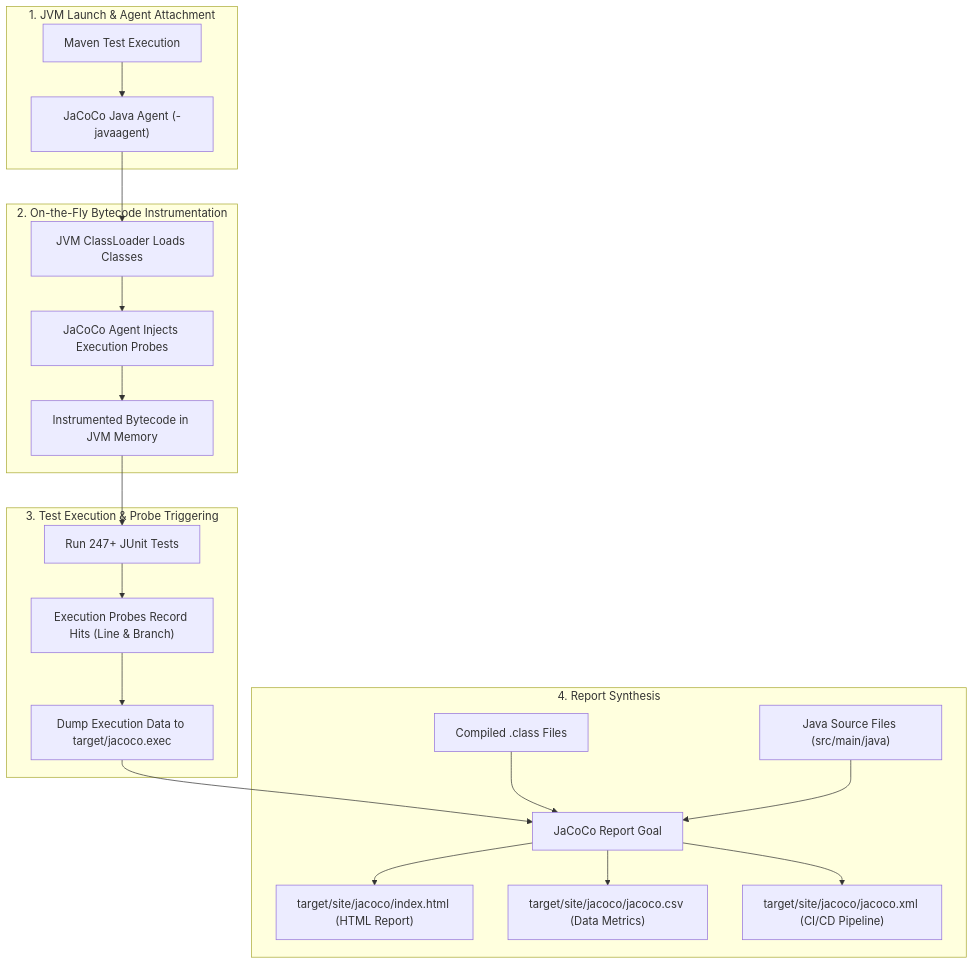
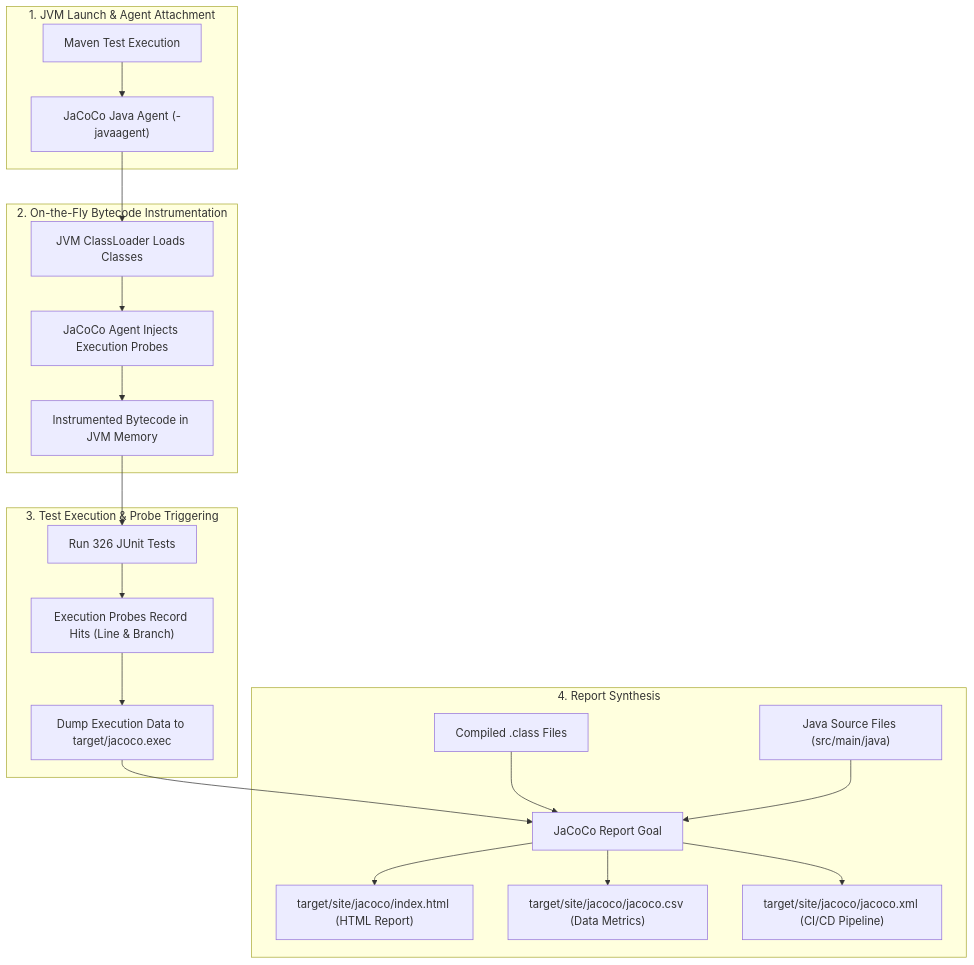
The second of 2 diagrams in doc/Implement_Plan-AcadOS.md (synthesixer/AcadOS), drawn with Mermaid before and after one commit. The commit also changed other lines of this file and 9 other files, not shown here.

First line of the commit message:
Sync docs and split class diagrams

````diff
--- a/doc/Implement_Plan-AcadOS.md
+++ b/doc/Implement_Plan-AcadOS.md
@@ -851,27 +851,27 @@
 ```mermaid
 flowchart TD
     subgraph Phase1["1. JVM Launch & Agent Attachment"]
         A["Maven Test Execution"] --> B["JaCoCo Java Agent (-javaagent)"]
     end
 
     subgraph Phase2["2. On-the-Fly Bytecode Instrumentation"]
         B --> C["JVM ClassLoader Loads Classes"]
         C --> D["JaCoCo Agent Injects Execution Probes"]
         D --> E["Instrumented Bytecode in JVM Memory"]
     end
 
     subgraph Phase3["3. Test Execution & Probe Triggering"]
-        E --> F["Run 247+ JUnit Tests"]
+        E --> F["Run 326 JUnit Tests"]
         F --> G["Execution Probes Record Hits (Line & Branch)"]
         G --> H["Dump Execution Data to target/jacoco.exec"]
     end
 
     subgraph Phase4["4. Report Synthesis"]
         H --> I["JaCoCo Report Goal"]
         J["Compiled .class Files"] --> I
         K["Java Source Files (src/main/java)"] --> I
         I --> L["target/site/jacoco/index.html (HTML Report)"]
         I --> M["target/site/jacoco/jacoco.csv (Data Metrics)"]
         I --> N["target/site/jacoco/jacoco.xml (CI/CD Pipeline)"]
     end
 ```
````
